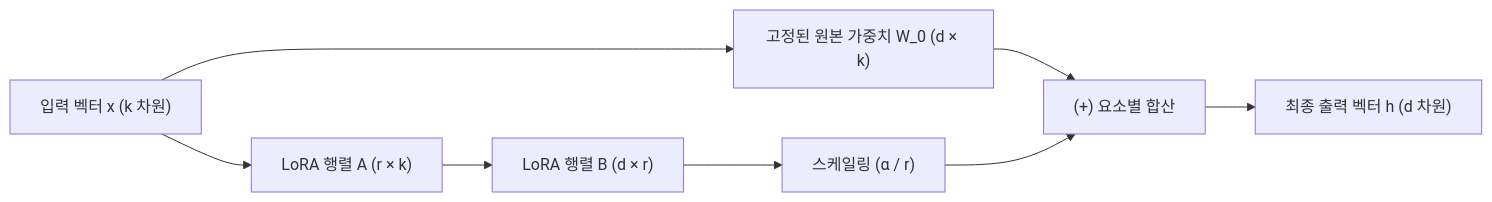
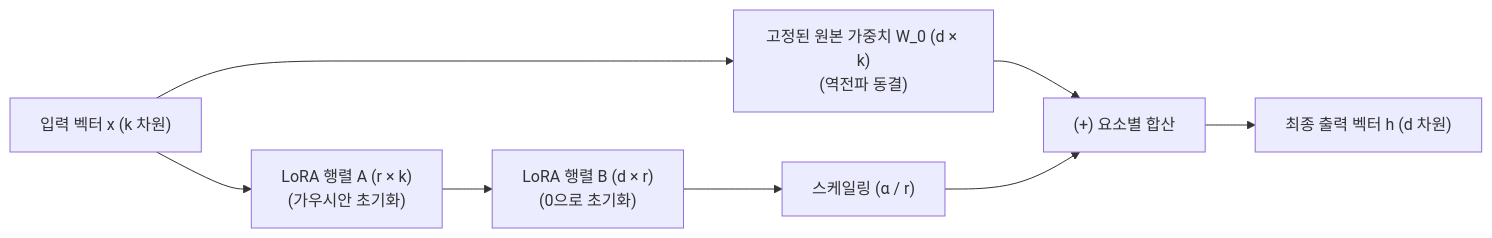
Before and after one commit to sing-u8/AI-Engineering: the second of 4 diagrams in chapter-qa/ch07-fine-tuning-qa/03-peft-lora-and-qlora.md, drawn with Mermaid. The commit also changed other lines of this file and 7 other files, not shown here.

````diff
--- a/chapter-qa/ch07-fine-tuning-qa/03-peft-lora-and-qlora.md
+++ b/chapter-qa/ch07-fine-tuning-qa/03-peft-lora-and-qlora.md
@@ -66,9 +73,9 @@
 ```mermaid
 flowchart LR
-    X["입력 벡터 x (k 차원)"] --> Freeze["고정된 원본 가중치 W_0 (d × k)"]
-    X --> A["LoRA 행렬 A (r × k)"]
-    A --> B["LoRA 행렬 B (d × r)"]
+    X["입력 벡터 x (k 차원)"] --> Freeze["고정된 원본 가중치 W_0 (d × k)\n(역전파 동결)"]
+    X --> A["LoRA 행렬 A (r × k)\n(가우시안 초기화)"]
+    A --> B["LoRA 행렬 B (d × r)\n(0으로 초기화)"]
     B --> Scale["스케일링 (α / r)"]
     Freeze & Scale --> Sum["(+) 요소별 합산"]
     Sum --> Output["최종 출력 벡터 h (d 차원)"]
 ```
````
